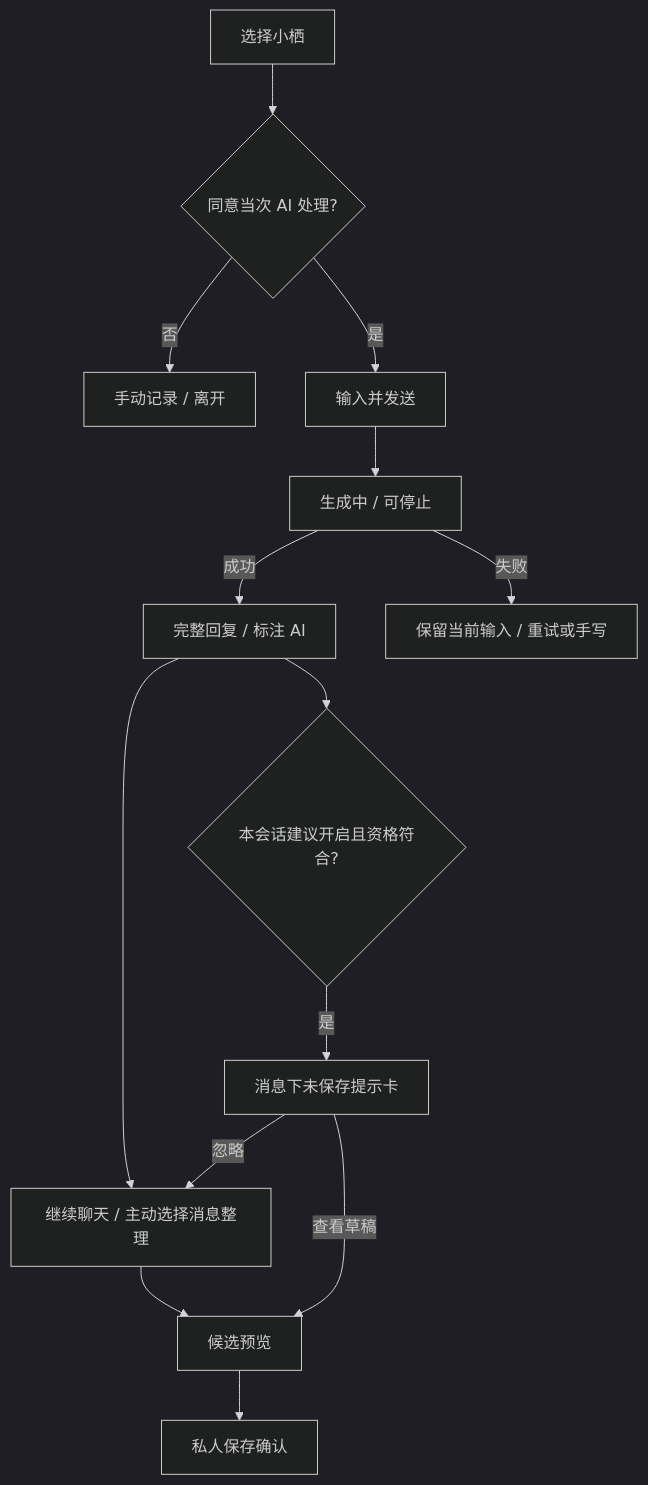
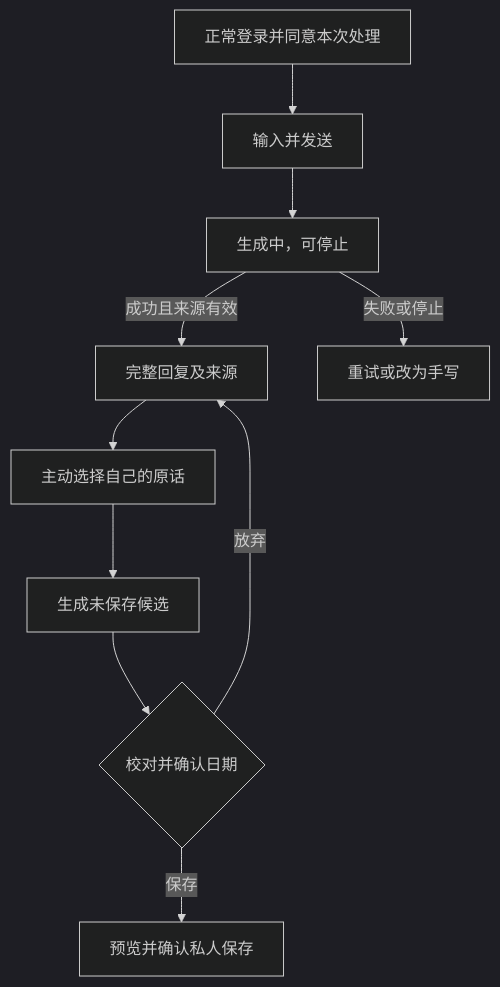
One commit to syuaetoo-svg/MemoNest changed the diagram in docs/USER_FLOW.md. Above: the diagram before and after it, drawn with Mermaid (dark theme). The commit also changed other lines of this file and 8 other files, not shown here.

````diff
--- a/docs/USER_FLOW.md
+++ b/docs/USER_FLOW.md
@@ -19,16 +11,12 @@
 ```mermaid
 flowchart TD
-    A[选择小栖] --> B{同意当次 AI 处理?}
-    B -->|否| C[手动记录 / 离开]
-    B -->|是| D[输入并发送]
-    D --> E[生成中 / 可停止]
-    E -->|成功| F[完整回复 / 标注 AI]
-    E -->|失败| G[保留当前输入 / 重试或手写]
-    F --> H[继续聊天 / 主动选择消息整理]
-    H --> I[候选预览]
-    F --> J{本会话建议开启且资格符合?}
-    J -->|是| K[消息下未保存提示卡]
-    K -->|查看草稿| I
-    K -->|忽略| H
-    I --> L[私人保存确认]
+  A[正常登录并同意本次处理] --> B[输入并发送]
+  B --> C[生成中，可停止]
+  C -->|成功且来源有效| D[完整回复及来源]
+  C -->|失败或停止| E[重试或改为手写]
+  D --> F[主动选择自己的原话]
+  F --> G[生成未保存候选]
+  G --> H{校对并确认日期}
+  H -->|放弃| D
+  H -->|保存| I[预览并确认私人保存]
 ```
````
